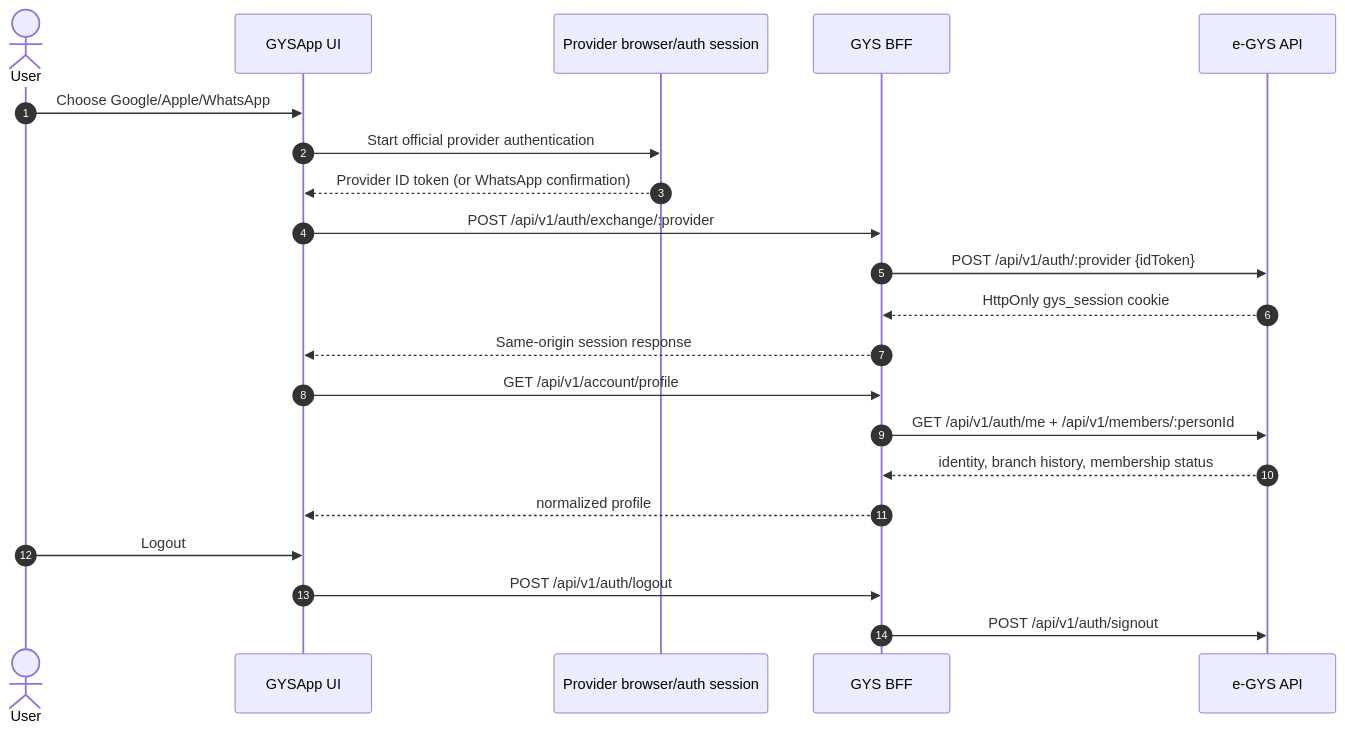
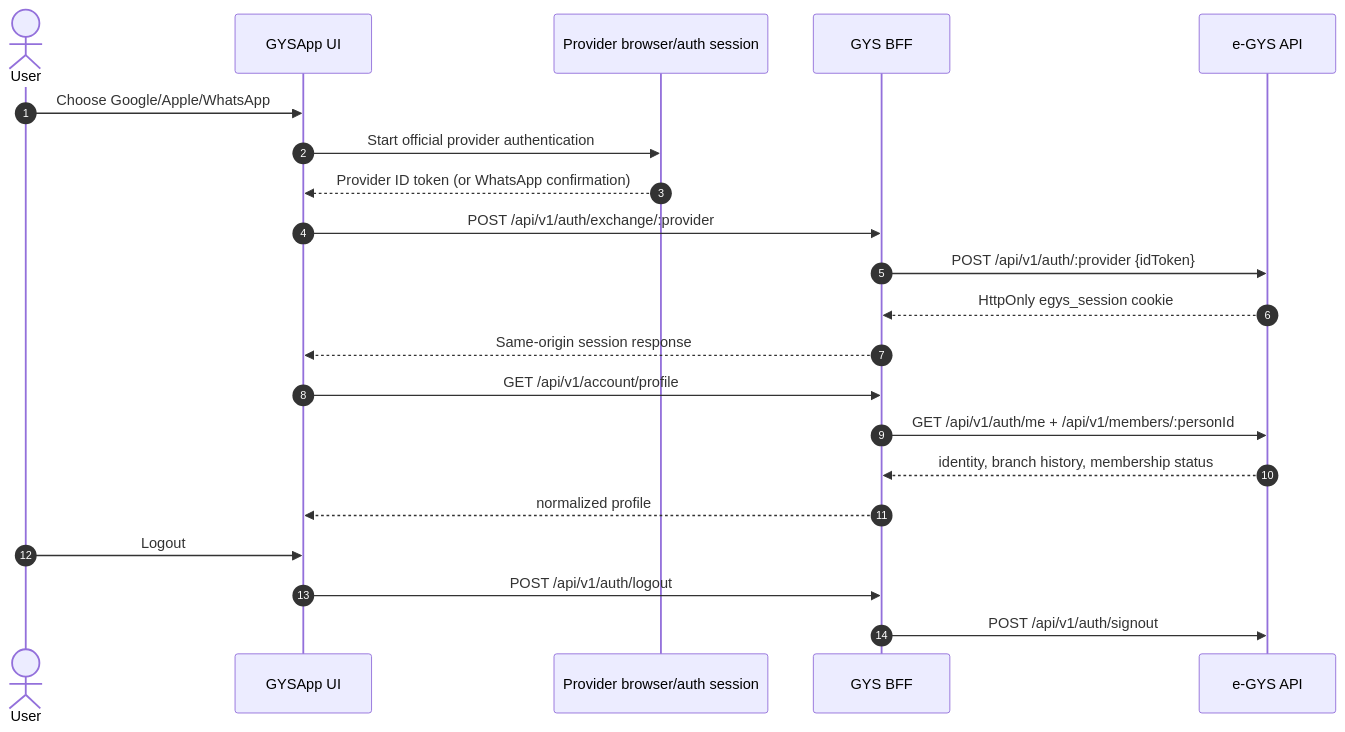
One commit to gyspnk/GYSApp-Tauri changed the first of 2 diagrams in docs/egys-integration.md. Above: the diagram before and after it, drawn with Mermaid. The commit also changed other lines of this file and 21 other files, not shown here.

````diff
--- a/docs/egys-integration.md
+++ b/docs/egys-integration.md
@@ -75,24 +75,24 @@
 ```mermaid
 sequenceDiagram
   autonumber
   actor User
   participant App as GYSApp UI
   participant Browser as Provider browser/auth session
   participant BFF as GYS BFF
   participant EGYS as e-GYS API
 
   User->>App: Choose Google/Apple/WhatsApp
   App->>Browser: Start official provider authentication
   Browser-->>App: Provider ID token (or WhatsApp confirmation)
   App->>BFF: POST /api/v1/auth/exchange/:provider
   BFF->>EGYS: POST /api/v1/auth/:provider {idToken}
-  EGYS-->>BFF: HttpOnly gys_session cookie
+  EGYS-->>BFF: HttpOnly egys_session cookie
   BFF-->>App: Same-origin session response
   App->>BFF: GET /api/v1/account/profile
   BFF->>EGYS: GET /api/v1/auth/me + /api/v1/members/:personId
   EGYS-->>BFF: identity, branch history, membership status
   BFF-->>App: normalized profile
   User->>App: Logout
   App->>BFF: POST /api/v1/auth/logout
   BFF->>EGYS: POST /api/v1/auth/signout
 ```
````
